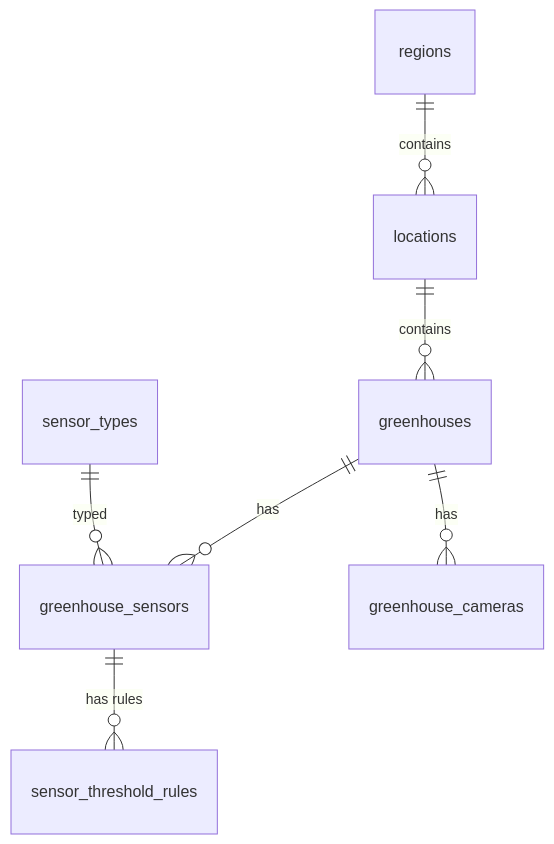
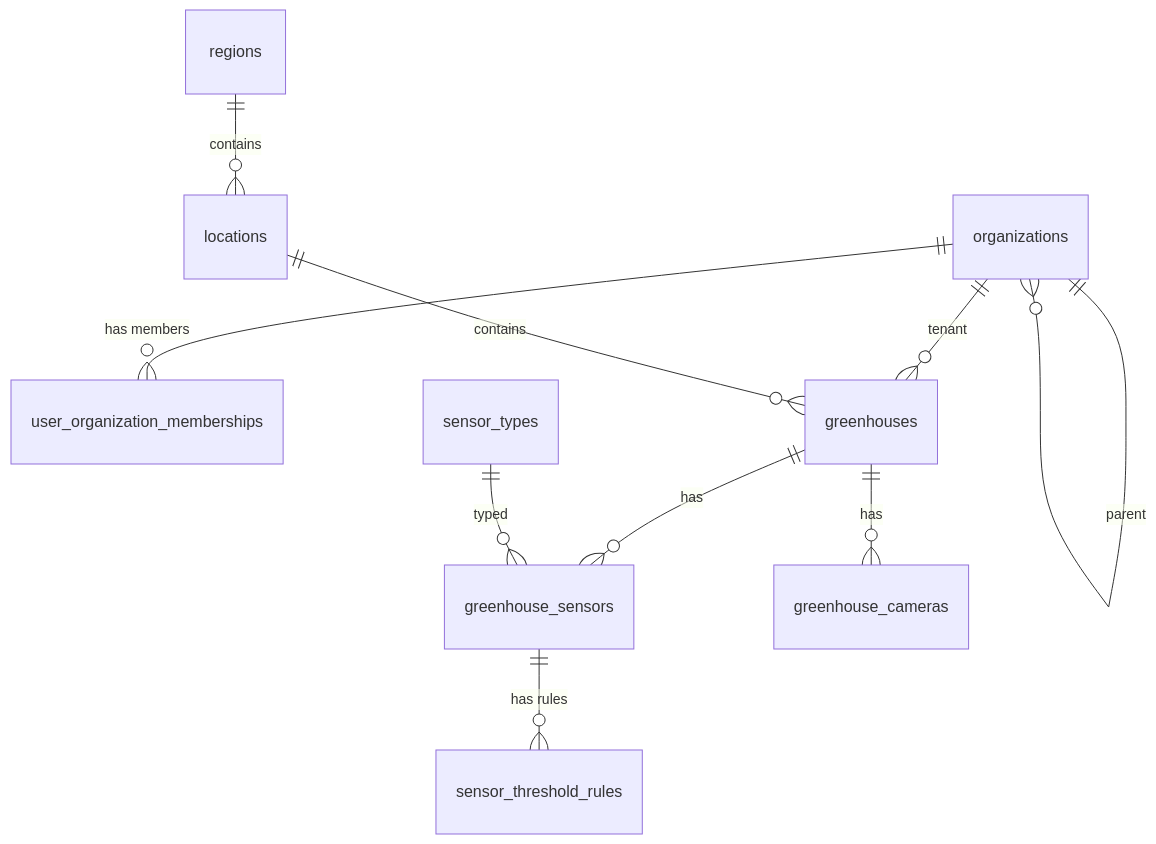
The diagram in docs/architecture/diagram/data/cnt_gm_db/metadata_database_structure.md (shishkinsa/greenhouse-monitoring), drawn with Mermaid before and after one commit. The commit also changed other lines of this file and 6 other files, not shown here.

Commit message:
Созданы ERD для Identity и базы данных временных рядов

````diff
--- a/docs/architecture/diagram/data/cnt_gm_db/metadata_database_structure.md
+++ b/docs/architecture/diagram/data/cnt_gm_db/metadata_database_structure.md
@@ -32,9 +33,12 @@
 ```mermaid
 erDiagram
+    organizations ||--o{ organizations : "parent"
+    organizations ||--o{ user_organization_memberships : "has members"
+    organizations ||--o{ greenhouses : "tenant"
     regions ||--o{ locations : "contains"
     locations ||--o{ greenhouses : "contains"
     greenhouses ||--o{ greenhouse_sensors : "has"
     sensor_types ||--o{ greenhouse_sensors : "typed"
     greenhouses ||--o{ greenhouse_cameras : "has"
     greenhouse_sensors ||--o{ sensor_threshold_rules : "has rules"
 ```
````
